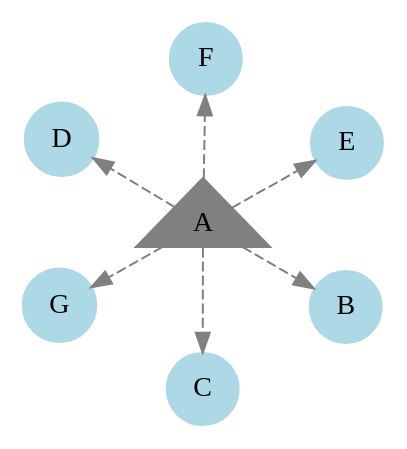
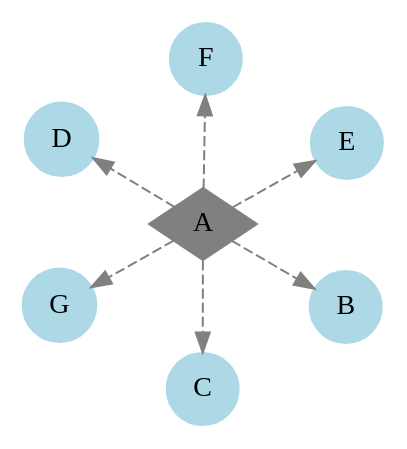
Before and after one commit to miskatul-anwar/GraphviZ-Visualize-Graphs: the diagram in src/7.gv, drawn with Graphviz. The commit also changed 2 other files, not shown here.

```diff
--- a/src/7.gv
+++ b/src/7.gv
@@ -1,7 +1,7 @@
 digraph G {
   layout = neato
   node [shape=circle,style=filled, color=lightblue]
   edge [style=dashed, color=grey]
+  A [ shape=diamond,color=grey]
   A-> {B,C,D,E,F,G}
-  A [ shape=triangle,color=grey]
 }
```
